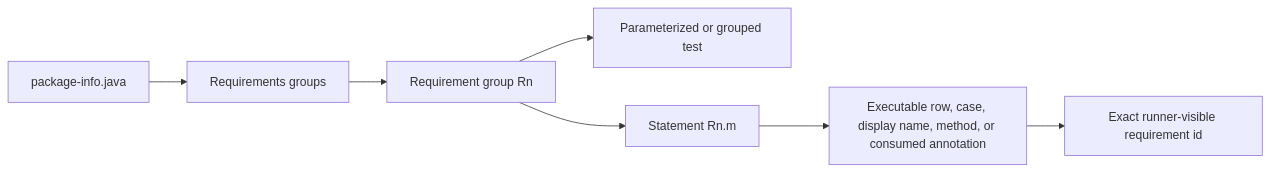
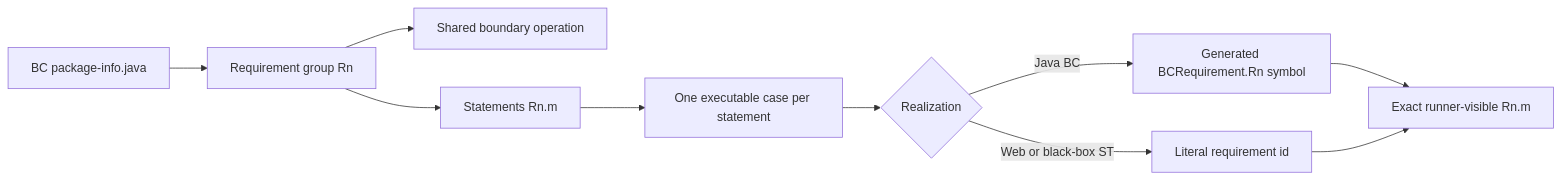
The first of 2 diagrams in skills/sdd4j-ears-tests/README.md (dearrudam/agent-skills-01), drawn with Mermaid before and after one commit. The commit also changed other lines of this file, not shown here.

````diff
--- a/skills/sdd4j-ears-tests/README.md
+++ b/skills/sdd4j-ears-tests/README.md
@@ -11,9 +32,12 @@
 ```mermaid
 flowchart LR
-  A[package-info.java] --> B[Requirements groups]
-  B --> C[Requirement group Rn]
-  C --> D[Parameterized or grouped test]
-  C --> E[Statement Rn.m]
-  E --> F[Executable row, case, display name, method, or consumed annotation]
-  F --> G[Exact runner-visible requirement id]
+  S[BC package-info.java] --> G[Requirement group Rn]
+  G --> O[Shared boundary operation]
+  G --> E[Statements Rn.m]
+  E --> C[One executable case per statement]
+  C --> J{Realization}
+  J -->|Java BC| A[Generated BCRequirement.Rn symbol]
+  J -->|Web or black-box ST| L[Literal requirement id]
+  A --> T[Exact runner-visible Rn.m]
+  L --> T
 ```
````
